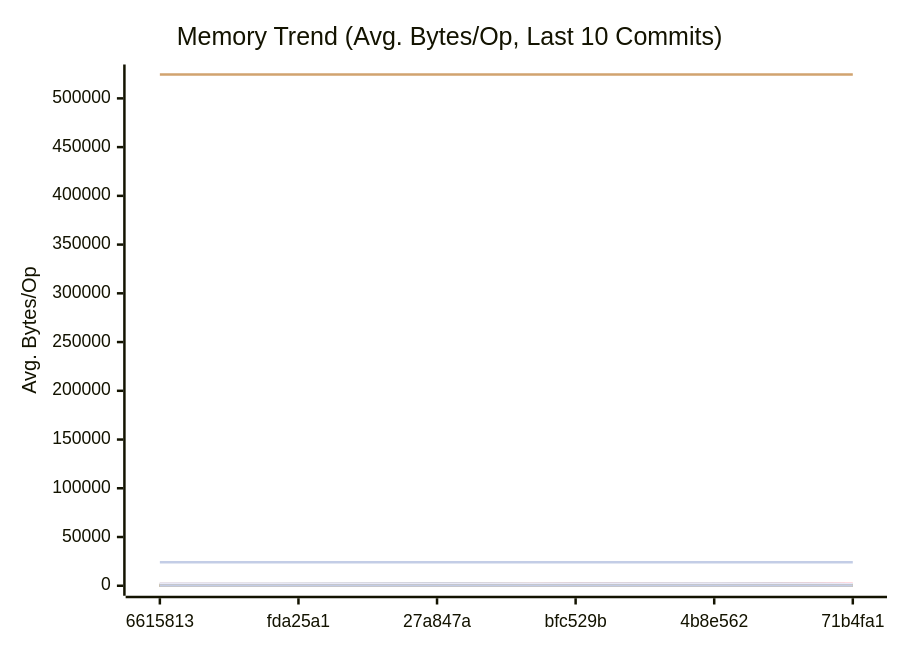
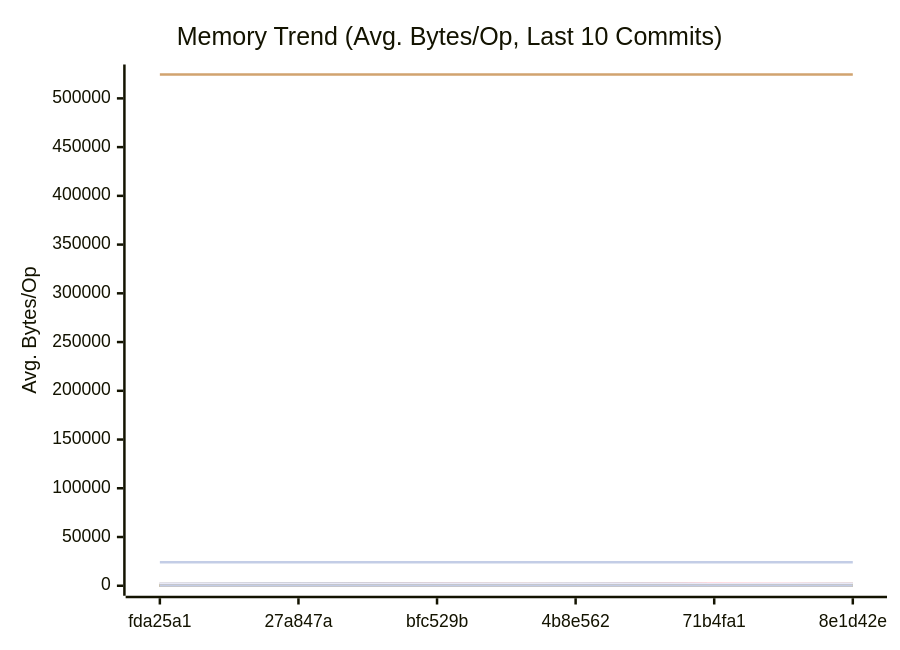
One commit to alsotoes/momo changed the second of 3 diagrams in docs/PERFORMANCE.md. Above: the diagram before and after it, drawn with Mermaid. The commit also changed other lines of this file and 5 other files, not shown here.

````diff
--- a/docs/PERFORMANCE.md
+++ b/docs/PERFORMANCE.md
@@ -310,44 +310,44 @@
 ```mermaid
 xychart-beta
     title "Memory Trend (Avg. Bytes/Op, Last 10 Commits)"
     x-axis "Commit"
     y-axis "Avg. Bytes/Op"
-    x-axis [6615813,fda25a1,27a847a,bfc529b,4b8e562,71b4fa1]
-    line "AWSChunkedReaderSigned" [107,130,133,92,114,90,112,123,120,108]
-    line "AWSChunkedReaderUnsigned" [108,145,120,96,115,92,106,128,114,131]
+    x-axis [fda25a1,27a847a,bfc529b,4b8e562,71b4fa1,8e1d42e]
+    line "AWSChunkedReaderSigned" [130,133,92,114,90,112,123,120,108,126]
+    line "AWSChunkedReaderUnsigned" [145,120,96,115,92,106,128,114,131,113]
     line "CheckMetricsAndSwap" [0,0,0,0,0,0,0,0,0,0]
     line "CrushOptimized" [0,0,0,0,0,0,0,0,0,0]
     line "CrushOriginal" [164,164,164,164,164,164,164,164,164,164]
-    line "FormatListObjectsV2XML_AppendFormat" [524474,524448,524456,524497,524459,524497,524456,524462,524471,524446]
+    line "FormatListObjectsV2XML_AppendFormat" [524448,524456,524497,524459,524497,524456,524462,524471,524446,524472]
     line "FormatListObjectsV2XML_OldFormat" [24000,24000,24000,24000,24000,24000,24000,24000,24000,24000]
-    line "HashBytes/1MiB" [232,295,219,262,228,187,211,243,290,192]
-    line "HashBytes/256MiB" [248,336,241,209,197,179,222,256,223,299]
-    line "HashBytes/64MiB" [264,298,224,218,199,187,197,314,223,223]
-    line "HashFile/1MiB" [217,265,268,193,211,183,208,265,220,288]
-    line "HashFile/256MiB" [237,254,213,186,204,182,225,228,267,242]
-    line "HashFile/64MiB" [237,307,208,189,169,196,188,233,279,243]
+    line "HashBytes/1MiB" [295,219,262,228,187,211,243,290,192,235]
+    line "HashBytes/256MiB" [336,241,209,197,179,222,256,223,299,222]
+    line "HashBytes/64MiB" [298,224,218,199,187,197,314,223,223,195]
+    line "HashFile/1MiB" [265,268,193,211,183,208,265,220,288,221]
+    line "HashFile/256MiB" [254,213,186,204,182,225,228,267,242,219]
+    line "HashFile/64MiB" [307,208,189,169,196,188,233,279,243,223]
     line "IndexDirectTracking" [0,0,0,0,0,0,0,0,0,0]
     line "IndexSearch" [0,0,0,0,0,0,0,0,0,0]
     line "LastModifiedHeader_AppendFormat" [0,0,0,0,0,0,0,0,0,0]
-    line "LastModifiedHeader_Format" [0,0,0,0,32,32,32,32,32,32]
+    line "LastModifiedHeader_Format" [0,0,0,32,32,32,32,32,32,32]
     line "LoadGlobalConfig" [1976,1976,1976,1976,1976,1976,1976,1976,1976,1976]
-    line "LocalWrite/1MiB" [1822,2210,2188,1670,2035,1605,1690,1878,2000,2141]
-    line "LocalWrite/256MiB" [2025,2273,2129,1901,2016,1569,1965,2213,2198,2074]
-    line "LocalWrite/64MiB" [2019,2009,2055,1696,1940,1626,1869,1996,2347,2291]
+    line "LocalWrite/1MiB" [2210,2188,1670,2035,1605,1690,1878,2000,2141,1920]
+    line "LocalWrite/256MiB" [2273,2129,1901,2016,1569,1965,2213,2198,2074,2231]
+    line "LocalWrite/64MiB" [2009,2055,1696,1940,1626,1869,1996,2347,2291,2205]
     line "PadString" [64,64,64,64,64,64,64,64,64,64]
     line "ParseReplicationOrder_NoPrealloc" [408,408,408,408,408,248,248,248,248,248]
     line "ParseReplicationOrder_Prealloc" [240,240,240,240,240,80,80,80,80,80]
     line "Placement" [352,352,352,352,352,352,352,352,352,352]
     line "PlacementDomainSpread" [352,352,352,352,352,352,352,352,352,352]
-    line "ReadVerify/1MiB" [218,270,281,180,264,197,219,269,310,206]
-    line "ReadVerify/256MiB" [249,254,263,189,215,198,201,243,229,259]
-    line "ReadVerify/64MiB" [318,274,236,196,211,199,193,258,279,238]
-    line "S3PutSpool/1MiB" [211,176,177,159,188,171,198,188,188,261]
-    line "S3PutSpool/256MiB" [231,193,232,187,250,173,207,211,206,216]
-    line "S3PutSpool/64MiB" [236,182,189,172,246,185,193,227,211,189]
+    line "ReadVerify/1MiB" [270,281,180,264,197,219,269,310,206,206]
+    line "ReadVerify/256MiB" [254,263,189,215,198,201,243,229,259,238]
+    line "ReadVerify/64MiB" [274,236,196,211,199,193,258,279,238,217]
+    line "S3PutSpool/1MiB" [176,177,159,188,171,198,188,188,261,207]
+    line "S3PutSpool/256MiB" [193,232,187,250,173,207,211,206,216,178]
+    line "S3PutSpool/64MiB" [182,189,172,246,185,193,227,211,189,243]
     line "SanitizeLog/Safe" [0,0,0,0,0,0,0,0,0,0]
     line "SanitizeLog/Unsafe" [704,704,704,704,704,704,704,704,704,704]
-    line "TrustedRead/1MiB" [238,219,242,197,199,189,186,225,283,294]
-    line "TrustedRead/256MiB" [249,188,196,208,241,183,260,229,250,288]
-    line "TrustedRead/64MiB" [222,185,257,219,231,178,227,239,258,271]
+    line "TrustedRead/1MiB" [219,242,197,199,189,186,225,283,294,223]
+    line "TrustedRead/256MiB" [188,196,208,241,183,260,229,250,288,250]
+    line "TrustedRead/64MiB" [185,257,219,231,178,227,239,258,271,256]
 ```
````
